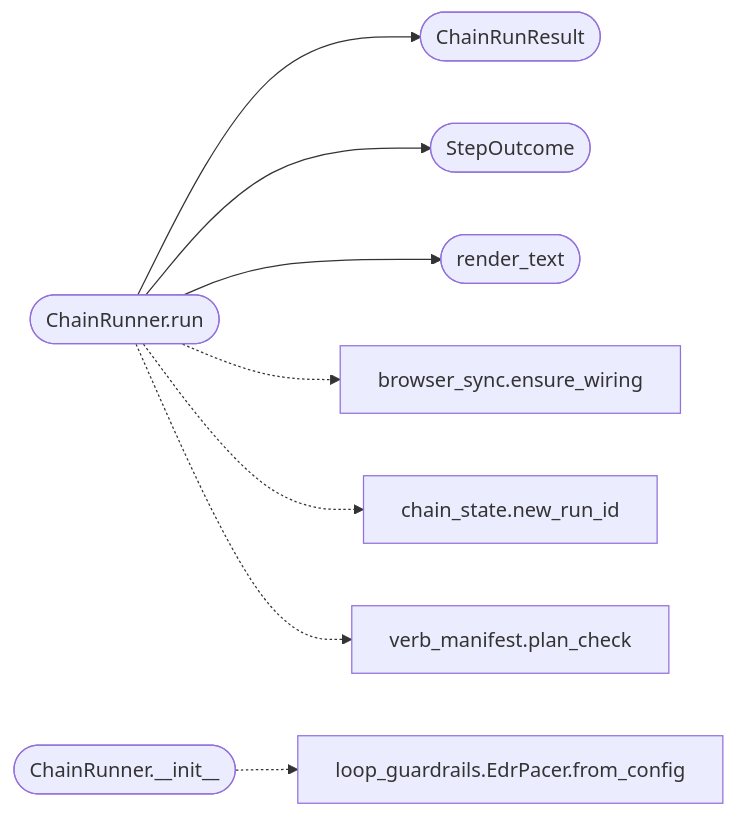
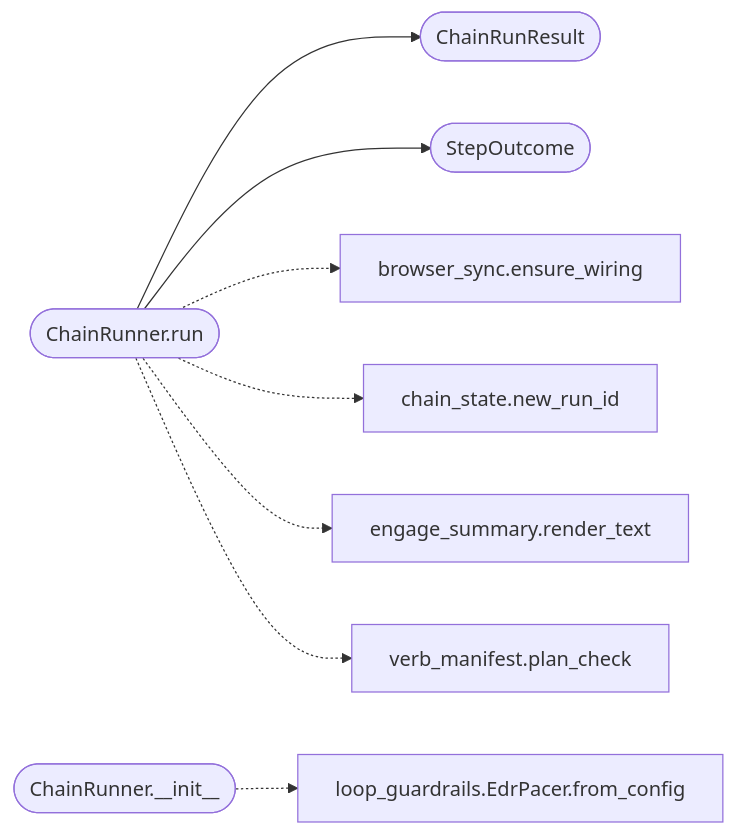
The second of 2 diagrams in readmenator-apidocs/modules/modules.chain_runner.py.md (grisuno/LazyOwn), drawn with Mermaid before and after one commit. The commit also changed other lines of this file and 434 other files, not shown here.

````diff
--- a/readmenator-apidocs/modules/modules.chain_runner.py.md
+++ b/readmenator-apidocs/modules/modules.chain_runner.py.md
@@ -89,19 +88,19 @@
 ```mermaid
 flowchart LR
     n_modules_chain_runner_py__ChainRunner_run(["ChainRunner.run"])
     n_modules_chain_runner_py__ChainRunResult(["ChainRunResult"])
     n_modules_chain_runner_py__StepOutcome(["StepOutcome"])
-    n_modules_chain_runner_py__render_text(["render_text"])
     n_modules_chain_runner_py__ChainRunner___init__(["ChainRunner.__init__"])
     n_modules_loop_guardrails_py__EdrPacer_from_config["loop_guardrails.EdrPacer.from_config"]
     n_modules_browser_sync_py__ensure_wiring["browser_sync.ensure_wiring"]
     n_modules_chain_state_py__new_run_id["chain_state.new_run_id"]
+    n_modules_engage_summary_py__render_text["engage_summary.render_text"]
     n_modules_verb_manifest_py__plan_check["verb_manifest.plan_check"]
     n_modules_chain_runner_py__ChainRunner_run --> n_modules_chain_runner_py__ChainRunResult
     n_modules_chain_runner_py__ChainRunner_run --> n_modules_chain_runner_py__StepOutcome
-    n_modules_chain_runner_py__ChainRunner_run --> n_modules_chain_runner_py__render_text
     n_modules_chain_runner_py__ChainRunner___init__ -.-> n_modules_loop_guardrails_py__EdrPacer_from_config
     n_modules_chain_runner_py__ChainRunner_run -.-> n_modules_browser_sync_py__ensure_wiring
     n_modules_chain_runner_py__ChainRunner_run -.-> n_modules_chain_state_py__new_run_id
+    n_modules_chain_runner_py__ChainRunner_run -.-> n_modules_engage_summary_py__render_text
     n_modules_chain_runner_py__ChainRunner_run -.-> n_modules_verb_manifest_py__plan_check
 ```
````
